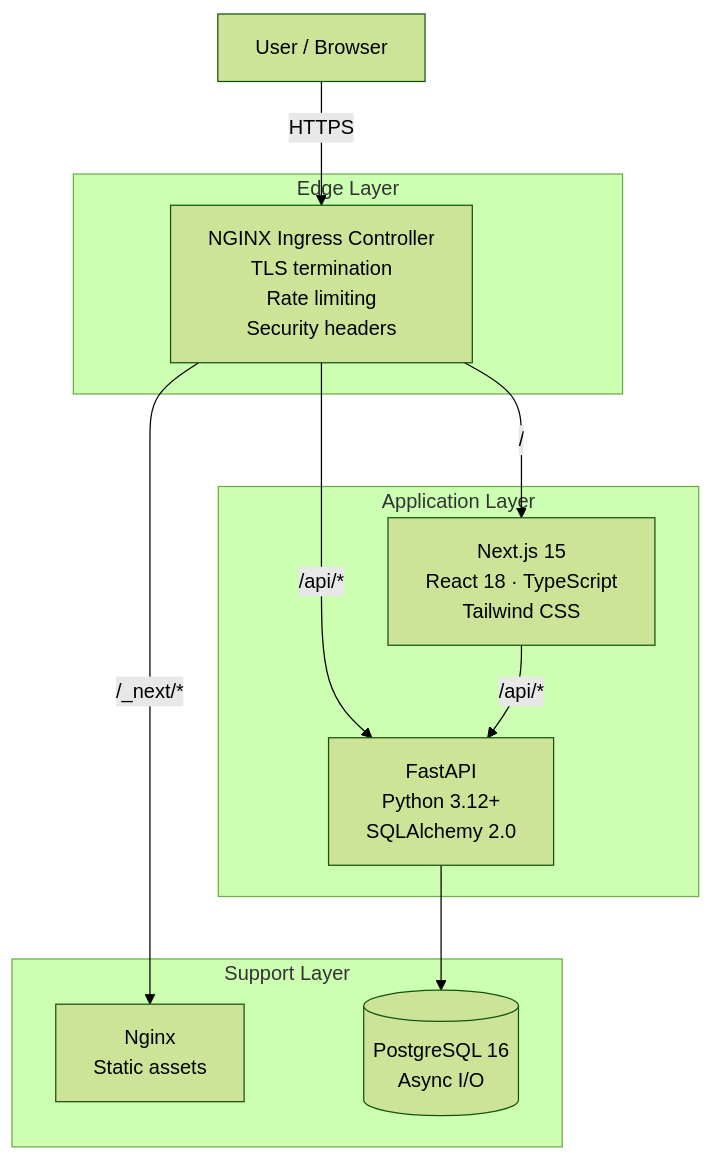
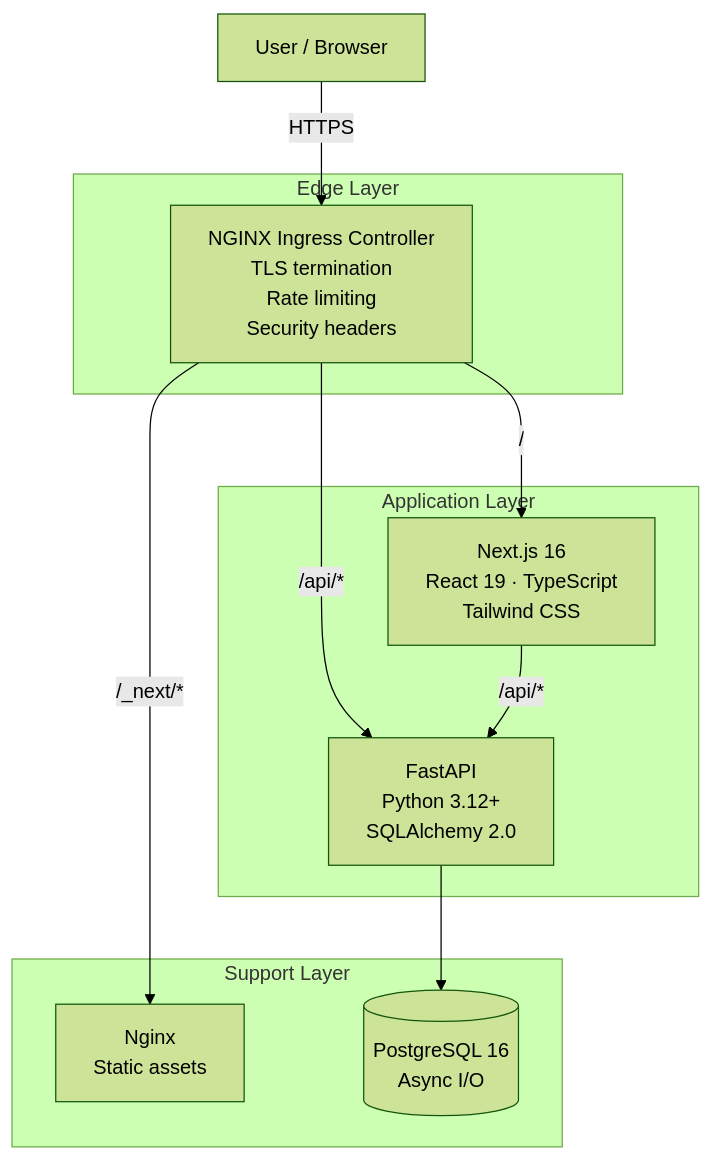
The first of 6 diagrams in wiki/architecture.md (berserkhmdvhb/fullstack_template), drawn with Mermaid (forest theme) before and after one commit. The commit also changed other lines of this file and 28 other files, not shown here.

First line of the commit message:
feat(frontend): move to Next.js 16 and React 19; middleware.ts becomes proxy.ts

````diff
--- a/wiki/architecture.md
+++ b/wiki/architecture.md
@@ -23,25 +23,25 @@
 ```mermaid
 flowchart TB
     User["User / Browser"]
 
     subgraph Edge["Edge Layer"]
         IC["NGINX Ingress Controller<br/>TLS termination<br/>Rate limiting<br/>Security headers"]
     end
 
     subgraph App["Application Layer"]
-        FE["Next.js 15<br/>React 18 · TypeScript<br/>Tailwind CSS"]
+        FE["Next.js 16<br/>React 19 · TypeScript<br/>Tailwind CSS"]
         BE["FastAPI<br/>Python 3.12+<br/>SQLAlchemy 2.0"]
     end
 
     subgraph Support["Support Layer"]
         NGINX["Nginx<br/>Static assets"]
         DB[("PostgreSQL 16<br/>Async I/O")]
     end
 
     User -->|"HTTPS"| IC
     IC -->|"/"| FE
     IC -->|"/api/*"| BE
     IC -->|"/_next/*"| NGINX
     FE -->|"/api/*"| BE
     BE --> DB
 ```
````
